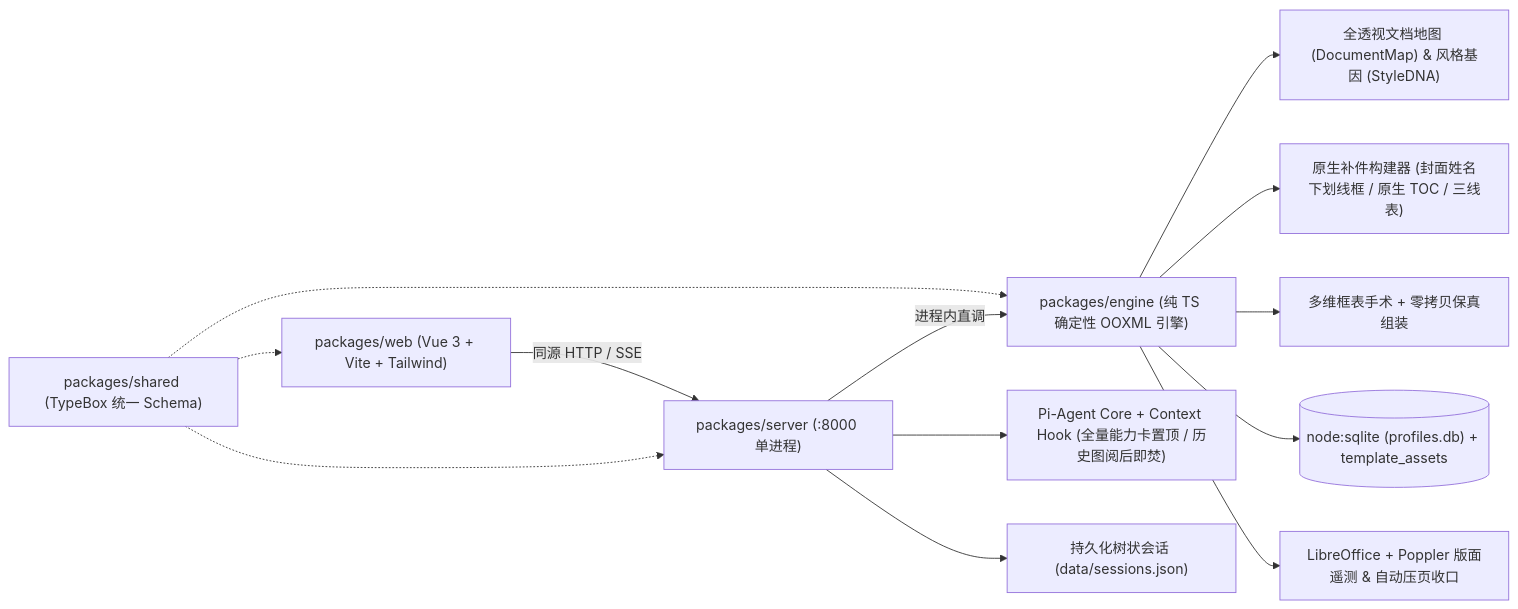
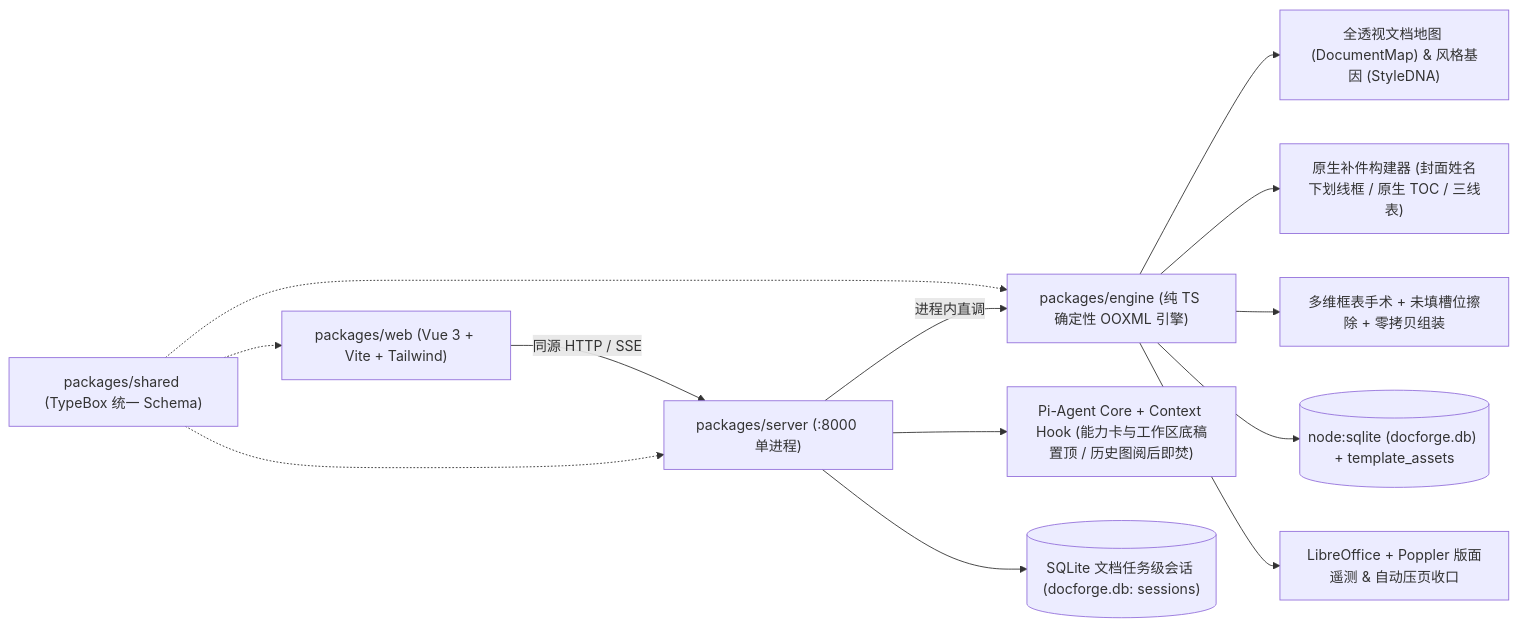
One commit to GrassskyR/docx-forge changed the diagram in README.md. Above: the diagram before and after it, drawn with Mermaid. The commit also changed other lines of this file and 38 other files, not shown here.

Commit message:
Overhaul V4 workbench UI/UX, SQLite document sessions, and configurable benchmark concurrency

````diff
--- a/README.md
+++ b/README.md
@@ -12,15 +12,15 @@
 ```mermaid
 flowchart LR
     Web["packages/web (Vue 3 + Vite + Tailwind)"] -->|同源 HTTP / SSE| Server["packages/server (:8000 单进程)"]
     Shared["packages/shared (TypeBox 统一 Schema)"] -.-> Web
     Shared -.-> Server
     Shared -.-> Engine["packages/engine (纯 TS 确定性 OOXML 引擎)"]
     Server -->|进程内直调| Engine
-    Server --> Agent["Pi-Agent Core + Context Hook (全量能力卡置顶 / 历史图阅后即焚)"]
-    Server --> Tree["持久化树状会话 (data/sessions.json)"]
+    Server --> Agent["Pi-Agent Core + Context Hook (能力卡与工作区底稿置顶 / 历史图阅后即焚)"]
+    Server --> Sessions[("SQLite 文档任务级会话 (docforge.db: sessions)")]
     Engine --> Inspector["全透视文档地图 (DocumentMap) & 风格基因 (StyleDNA)"]
     Engine --> Builders["原生补件构建器 (封面姓名下划线框 / 原生 TOC / 三线表)"]
-    Engine --> Composer["多维框表手术 + 零拷贝保真组装"]
-    Engine --> Store[("node:sqlite (profiles.db) + template_assets")]
+    Engine --> Composer["多维框表手术 + 未填槽位擦除 + 零拷贝组装"]
+    Engine --> Store[("node:sqlite (docforge.db) + template_assets")]
     Engine --> Telemetry["LibreOffice + Poppler 版面遥测 & 自动压页收口"]
 ```
````
